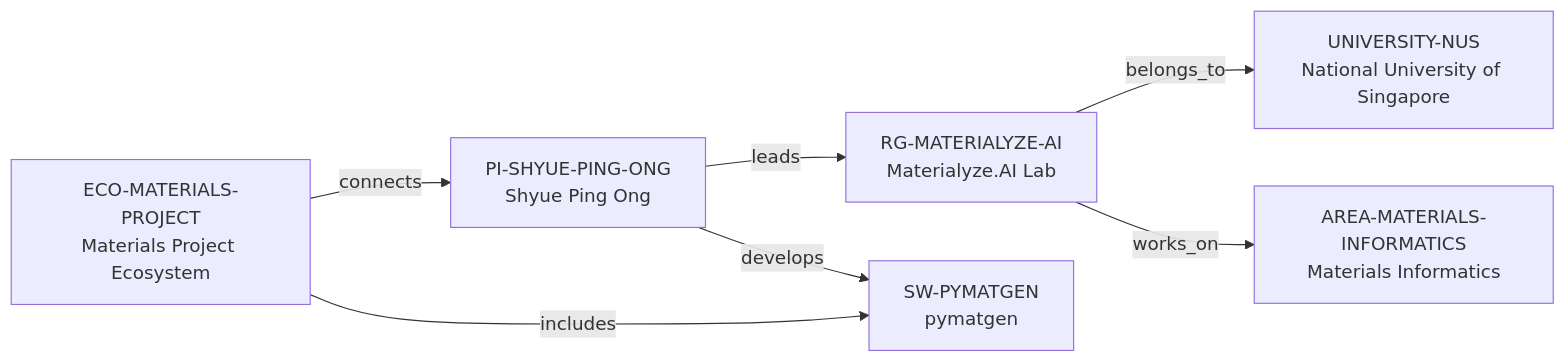
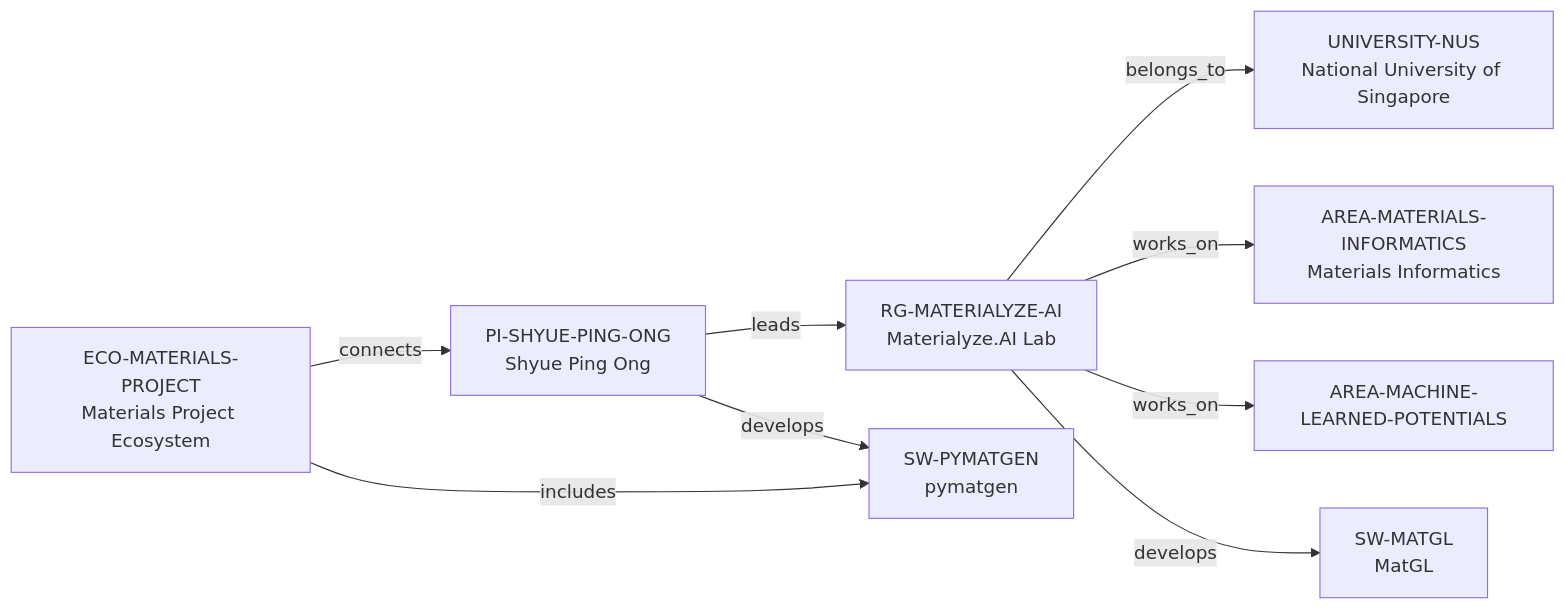
The diagram in docs/materialyze-ai-intelligence-vertical-slice.md (akin-oz/research-landscape), drawn with Mermaid before and after one commit. The commit also changed other lines of this file and 19 other files, not shown here.

````diff
--- a/docs/materialyze-ai-intelligence-vertical-slice.md
+++ b/docs/materialyze-ai-intelligence-vertical-slice.md
@@ -24,9 +24,11 @@
 ```mermaid
 flowchart LR
   PI["PI-SHYUE-PING-ONG\nShyue Ping Ong"] -->|"leads"| RG["RG-MATERIALYZE-AI\nMaterialyze.AI Lab"]
   RG -->|"belongs_to"| UNI["UNIVERSITY-NUS\nNational University of Singapore"]
   RG -->|"works_on"| AREA["AREA-MATERIALS-INFORMATICS\nMaterials Informatics"]
+  RG -->|"works_on"| MLP["AREA-MACHINE-LEARNED-POTENTIALS"]
+  RG -->|"develops"| MATGL["SW-MATGL\nMatGL"]
   PI -->|"develops"| SW["SW-PYMATGEN\npymatgen"]
   ECO["ECO-MATERIALS-PROJECT\nMaterials Project Ecosystem"] -->|"connects"| PI
   ECO -->|"includes"| SW
 ```
````
